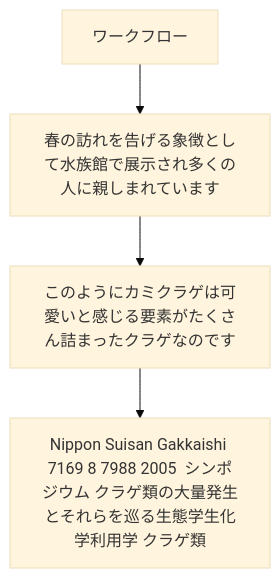
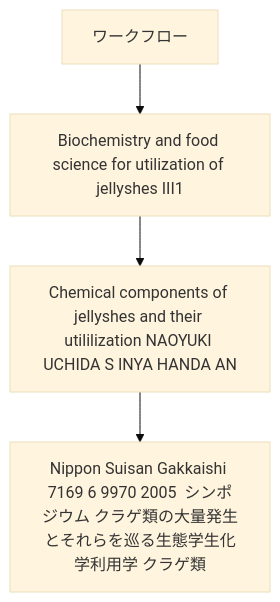
Before and after one commit to zhu-xujuan/AIAgentZhu: the second of 2 diagrams in frontend/.slidev/slides.md, drawn with Mermaid (base theme). The commit also changed other lines of this file and 3 other files, not shown here.

Commit message:
少し複雑の図・フロー・アイコンですが、Slideの場所より別バージョンが作成されています。理由は各場所で表示している内容が違うためです。

````diff
--- a/frontend/.slidev/slides.md
+++ b/frontend/.slidev/slides.md
@@ -67,7 +64,7 @@
 ```mermaid
 flowchart TD
   A[ワークフロー]
-  A --> B[春の訪れを告げる象徴として水族館で展示され多くの人に親しまれています]
-  B --> C[このようにカミクラゲは可愛いと感じる要素がたくさん詰まったクラゲなのです]
-  C --> D[Nippon Suisan Gakkaishi 7169 8 7988 2005  シンポジウム クラゲ類の大量発生とそれらを巡る生態学生化学利用学 クラゲ類]
+  A --> B[Biochemistry and food science for utilization of jellyshes III1]
+  B --> C[Chemical components of jellyshes and their utililization NAOYUKI UCHIDA S INYA HANDA AN]
+  C --> D[Nippon Suisan Gakkaishi 7169 6 9970 2005  シンポジウム クラゲ類の大量発生とそれらを巡る生態学生化学利用学 クラゲ類]
 ```
````
